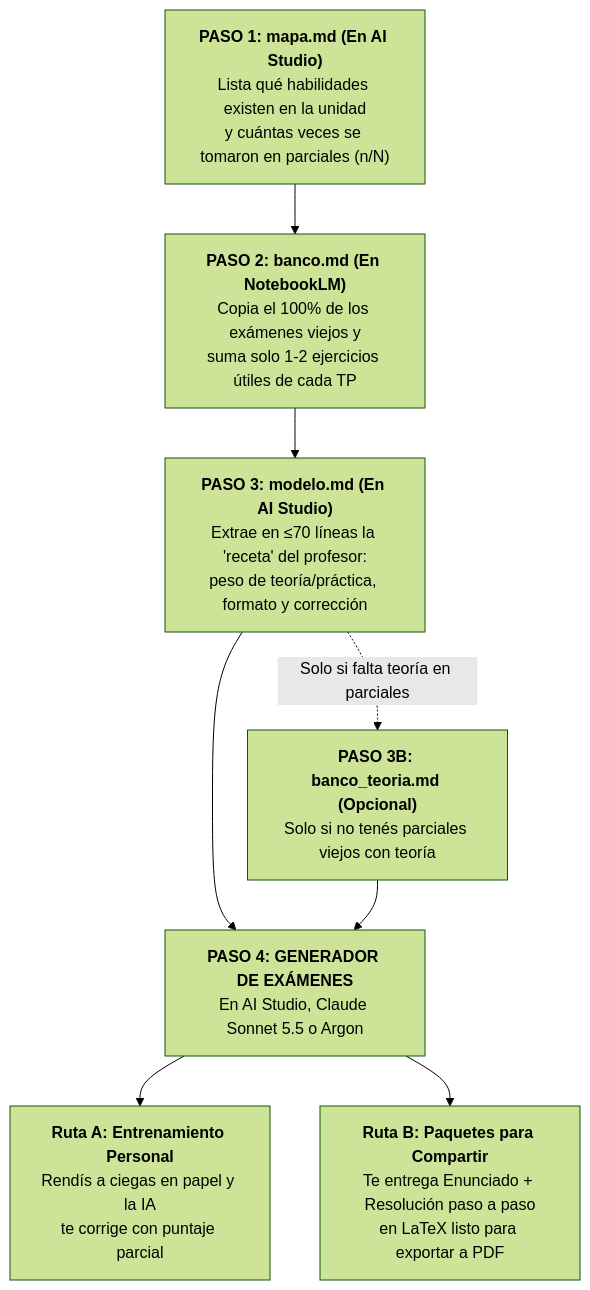
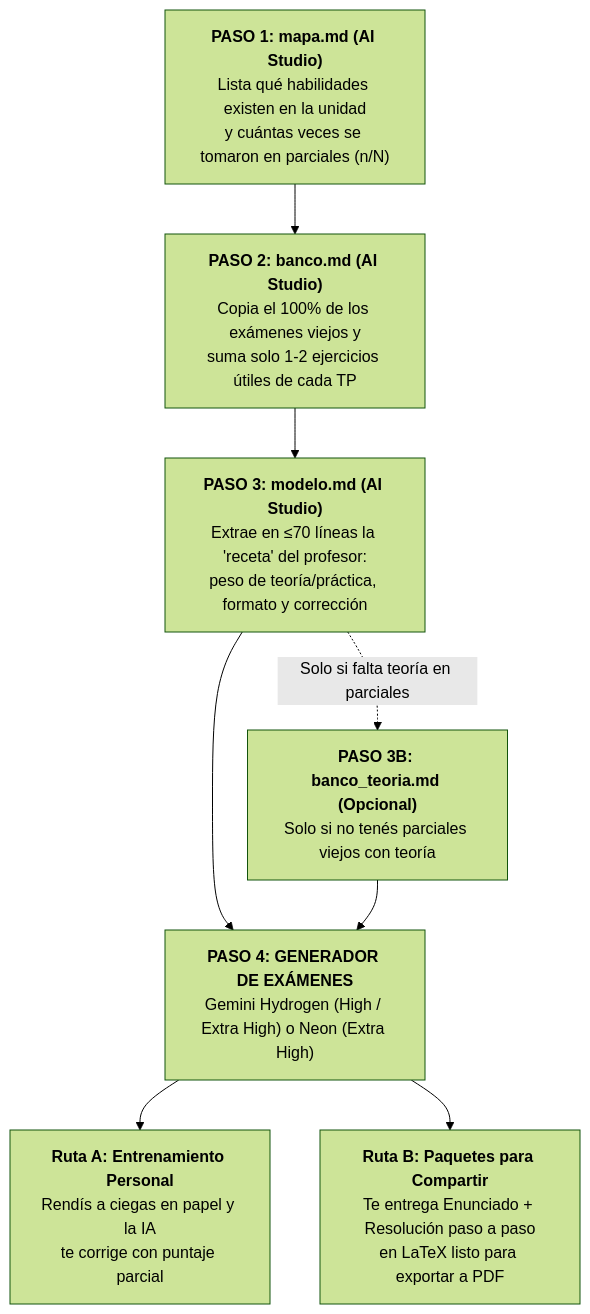
One commit to benjat3/guias-ia-facu changed the diagram in src/site/notes/20. Áreas/Sistema de Estudio con IA/03 - Simulador y Generador de Exámenes de Cátedra.md. Above: the diagram before and after it, drawn with Mermaid (forest theme). The commit also changed other lines of this file and 16 other files, not shown here.

````diff
--- a/src/site/notes/20. Áreas/Sistema de Estudio con IA/03 - Simulador y Generador de Exámenes de Cátedra.md
+++ b/src/site/notes/20. Áreas/Sistema de Estudio con IA/03 - Simulador y Generador de Exámenes de Cátedra.md
@@ -45,19 +45,19 @@
 ```mermaid
 flowchart TD
-    P1["<b>PASO 1: mapa.md (En AI Studio)</b><br>Lista qué habilidades existen en la unidad<br>y cuántas veces se tomaron en parciales (n/N)"]
-    P2["<b>PASO 2: banco.md (En NotebookLM)</b><br>Copia el 100% de los exámenes viejos y<br>suma solo 1-2 ejercicios útiles de cada TP"]
-    P3["<b>PASO 3: modelo.md (En AI Studio)</b><br>Extrae en ≤70 líneas la 'receta' del profesor:<br>peso de teoría/práctica, formato y corrección"]
+    P1["<b>PASO 1: mapa.md (AI Studio)</b><br>Lista qué habilidades existen en la unidad<br>y cuántas veces se tomaron en parciales (n/N)"]
+    P2["<b>PASO 2: banco.md (AI Studio)</b><br>Copia el 100% de los exámenes viejos y<br>suma solo 1-2 ejercicios útiles de cada TP"]
+    P3["<b>PASO 3: modelo.md (AI Studio)</b><br>Extrae en ≤70 líneas la 'receta' del profesor:<br>peso de teoría/práctica, formato y corrección"]
     P3B["<b>PASO 3B: banco_teoria.md (Opcional)</b><br>Solo si no tenés parciales viejos con teoría"]
-    P4["<b>PASO 4: GENERADOR DE EXÁMENES</b><br>En AI Studio, Claude Sonnet 5.5 o Argon"]
+    P4["<b>PASO 4: GENERADOR DE EXÁMENES</b><br>Gemini Hydrogen (High / Extra High) o Neon (Extra High)"]
     
     RA["<b>Ruta A: Entrenamiento Personal</b><br>Rendís a ciegas en papel y la IA<br>te corrige con puntaje parcial"]
     RB["<b>Ruta B: Paquetes para Compartir</b><br>Te entrega Enunciado + Resolución paso a paso<br>en LaTeX listo para exportar a PDF"]
 
     P1 --> P2
     P2 --> P3
     P3 --> P4
     P3 -.->|"Solo si falta teoría en parciales"| P3B
     P3B --> P4
     P4 --> RA
     P4 --> RB
 ```
````
